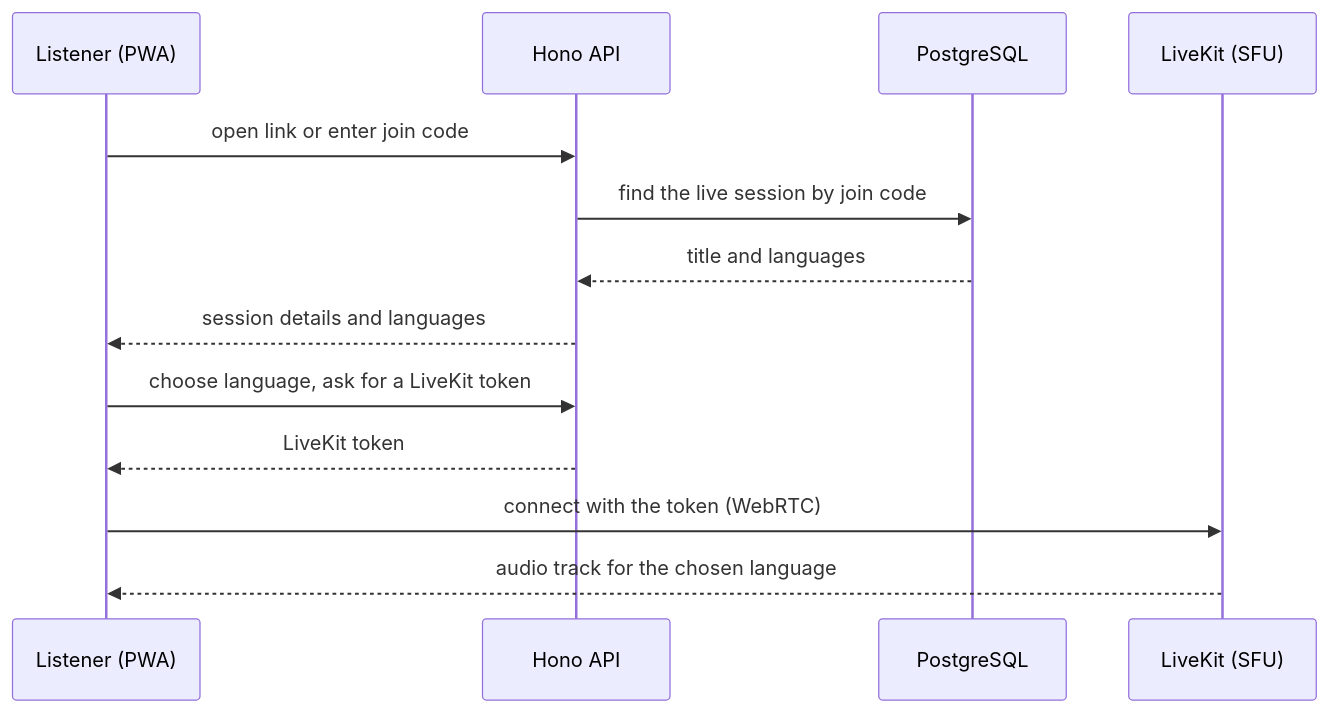
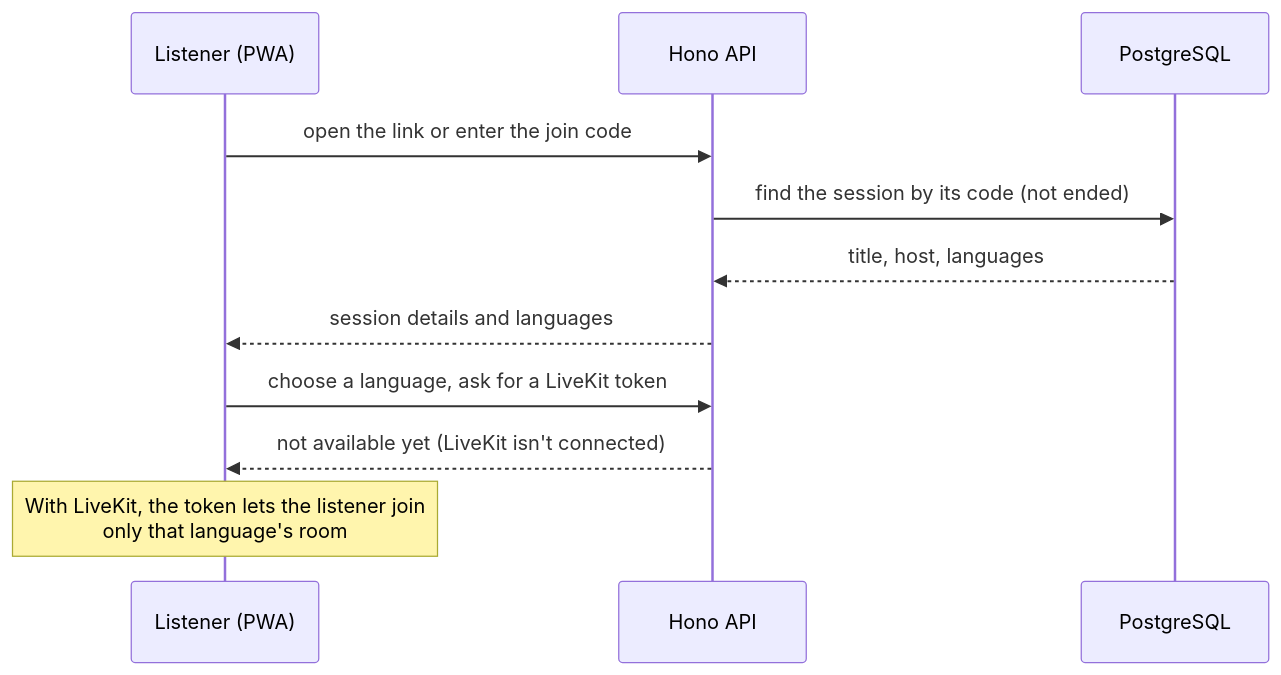
One commit to WH1TE-SHAD0W/ai-dubbing-studio changed the third of 5 diagrams in docs/architecture.md. Above: the diagram before and after it, drawn with Mermaid. The commit also changed other lines of this file and 1 other file, not shown here.

First line of the commit message:
docs: architecture pages describe the translator workers, Redis and sessions

````diff
--- a/docs/architecture.md
+++ b/docs/architecture.md
@@ -82,15 +116,13 @@
 ```mermaid
 sequenceDiagram
   participant L as Listener (PWA)
   participant A as Hono API
   participant D as PostgreSQL
-  participant K as LiveKit (SFU)
-  L->>A: open link or enter join code
-  A->>D: find the live session by join code
-  D-->>A: title and languages
+  L->>A: open the link or enter the join code
+  A->>D: find the session by its code (not ended)
+  D-->>A: title, host, languages
   A-->>L: session details and languages
-  L->>A: choose language, ask for a LiveKit token
-  A-->>L: LiveKit token
-  L->>K: connect with the token (WebRTC)
-  K-->>L: audio track for the chosen language
+  L->>A: choose a language, ask for a LiveKit token
+  A-->>L: not available yet (LiveKit isn't connected)
+  Note over L: With LiveKit, the token lets the listener join<br/>only that language's room
 ```
````
